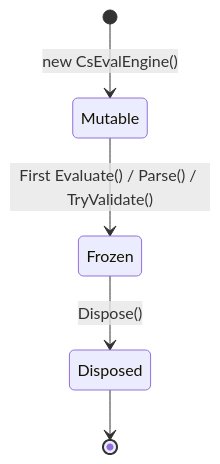
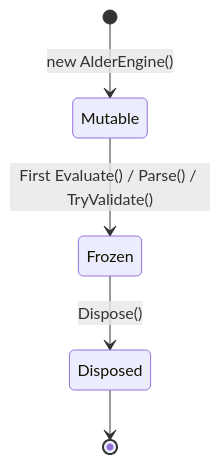
The third of 4 diagrams in docs/architecture/pipeline.md (MartiSilvio/Alder), drawn with Mermaid before and after one commit. The commit also changed other lines of this file and 3509 other files, not shown here.

Commit message:
rename CsEval to Alder

````diff
--- a/docs/architecture/pipeline.md
+++ b/docs/architecture/pipeline.md
@@ -91,7 +91,7 @@
 ```mermaid
 stateDiagram-v2
-    [*] --> Mutable : new CsEvalEngine()
+    [*] --> Mutable : new AlderEngine()
     Mutable --> Frozen : First Evaluate() / Parse() / TryValidate()
     Frozen --> Disposed : Dispose()
     Disposed --> [*]
 ```
````
